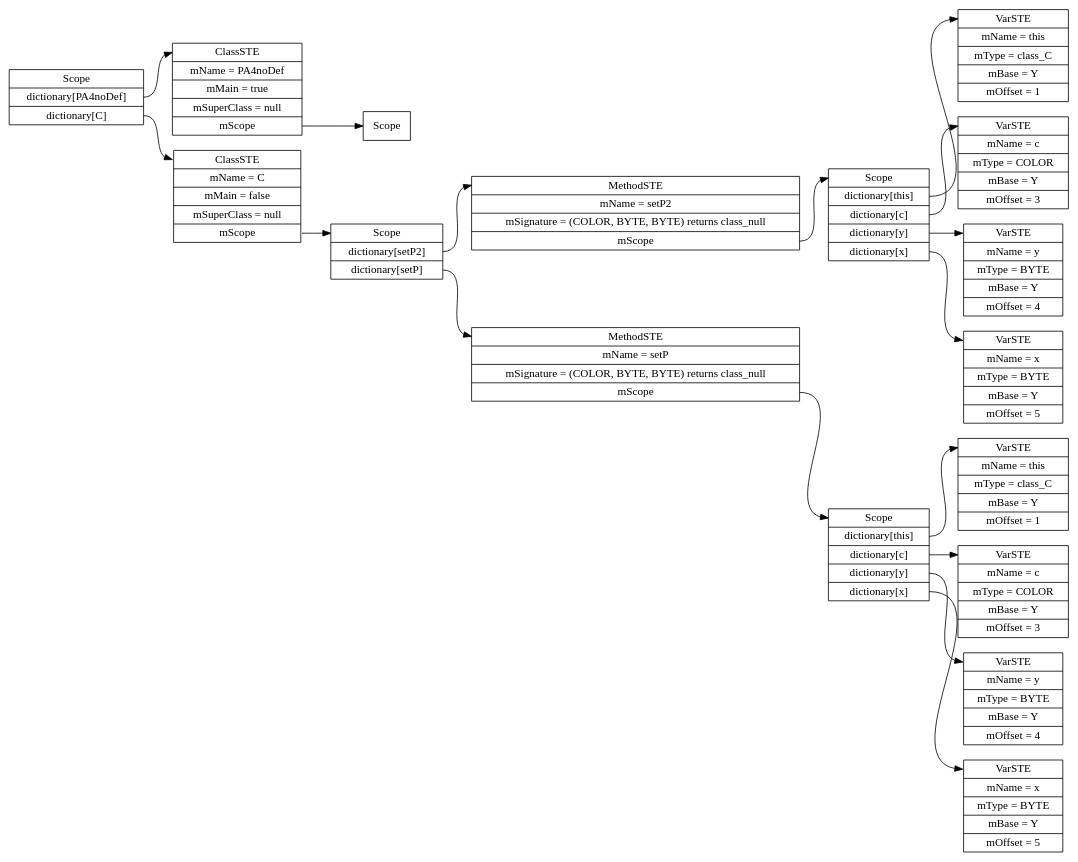
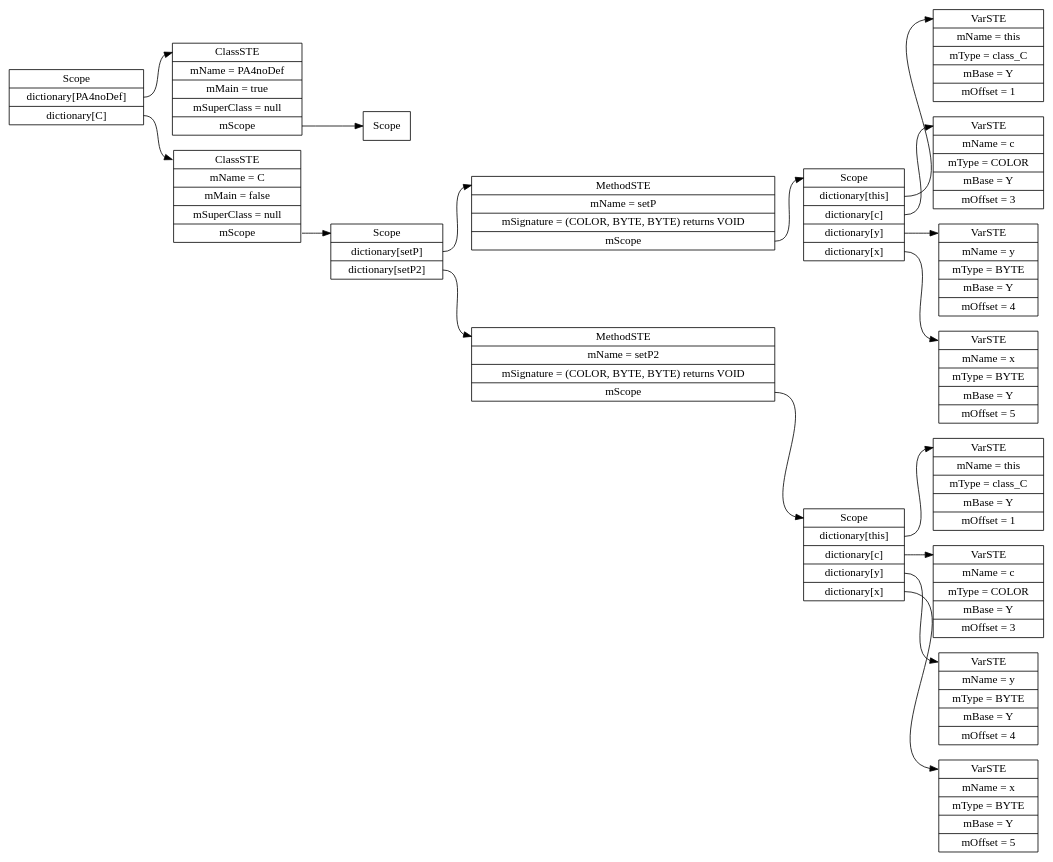
Before and after one commit to karmaUdel/Meggy-Java-Compiler: the diagram in tst/PA4noDef.java.ST.dot, drawn with Graphviz. The commit also changed 97 other files, not shown here.

```diff
--- a/tst/PA4noDef.java.ST.dot
+++ b/tst/PA4noDef.java.ST.dot
@@ -1,37 +1,37 @@
 digraph SymTable {
 	graph [rankdir="LR"];
 	node [shape=record];
 	0 [label=" <f0> Scope | <f1> dictionary\[PA4noDef\] | <f2> dictionary\[C\] "];
 	0:<f1> -> 1:<f0>;
 	1 [label=" <f0> ClassSTE | <f1> mName = PA4noDef| <f2> mMain = true| <f3> mSuperClass = null| <f4> mScope "];
 	1:<f4> -> 2:<f0>;
 	2 [label=" <f0> Scope "];
 	0:<f2> -> 3:<f0>;
 	3 [label=" <f0> ClassSTE | <f1> mName = C| <f2> mMain = false| <f3> mSuperClass = null| <f4> mScope "];
 	3:<f4> -> 4:<f0>;
-	4 [label=" <f0> Scope | <f1> dictionary\[setP2\] | <f2> dictionary\[setP\] "];
+	4 [label=" <f0> Scope | <f1> dictionary\[setP\] | <f2> dictionary\[setP2\] "];
 	4:<f1> -> 5:<f0>;
-	5 [label=" <f0> MethodSTE | <f1> mName = setP2| <f2> mSignature = (COLOR, BYTE, BYTE) returns class_null| <f3> mScope "];
+	5 [label=" <f0> MethodSTE | <f1> mName = setP| <f2> mSignature = (COLOR, BYTE, BYTE) returns VOID| <f3> mScope "];
 	5:<f3> -> 6:<f0>;
 	6 [label=" <f0> Scope | <f1> dictionary\[this\] | <f2> dictionary\[c\] | <f3> dictionary\[y\] | <f4> dictionary\[x\] "];
 	6:<f1> -> 7:<f0>;
 	7 [label=" <f0> VarSTE | <f1> mName = this| <f2> mType = class_C| <f3> mBase = Y| <f4> mOffset = 1"];
 	6:<f2> -> 8:<f0>;
 	8 [label=" <f0> VarSTE | <f1> mName = c| <f2> mType = COLOR| <f3> mBase = Y| <f4> mOffset = 3"];
 	6:<f3> -> 9:<f0>;
 	9 [label=" <f0> VarSTE | <f1> mName = y| <f2> mType = BYTE| <f3> mBase = Y| <f4> mOffset = 4"];
 	6:<f4> -> 10:<f0>;
 	10 [label=" <f0> VarSTE | <f1> mName = x| <f2> mType = BYTE| <f3> mBase = Y| <f4> mOffset = 5"];
 	4:<f2> -> 11:<f0>;
-	11 [label=" <f0> MethodSTE | <f1> mName = setP| <f2> mSignature = (COLOR, BYTE, BYTE) returns class_null| <f3> mScope "];
+	11 [label=" <f0> MethodSTE | <f1> mName = setP2| <f2> mSignature = (COLOR, BYTE, BYTE) returns VOID| <f3> mScope "];
 	11:<f3> -> 12:<f0>;
 	12 [label=" <f0> Scope | <f1> dictionary\[this\] | <f2> dictionary\[c\] | <f3> dictionary\[y\] | <f4> dictionary\[x\] "];
 	12:<f1> -> 13:<f0>;
 	13 [label=" <f0> VarSTE | <f1> mName = this| <f2> mType = class_C| <f3> mBase = Y| <f4> mOffset = 1"];
 	12:<f2> -> 14:<f0>;
 	14 [label=" <f0> VarSTE | <f1> mName = c| <f2> mType = COLOR| <f3> mBase = Y| <f4> mOffset = 3"];
 	12:<f3> -> 15:<f0>;
 	15 [label=" <f0> VarSTE | <f1> mName = y| <f2> mType = BYTE| <f3> mBase = Y| <f4> mOffset = 4"];
 	12:<f4> -> 16:<f0>;
 	16 [label=" <f0> VarSTE | <f1> mName = x| <f2> mType = BYTE| <f3> mBase = Y| <f4> mOffset = 5"];
 }
```
